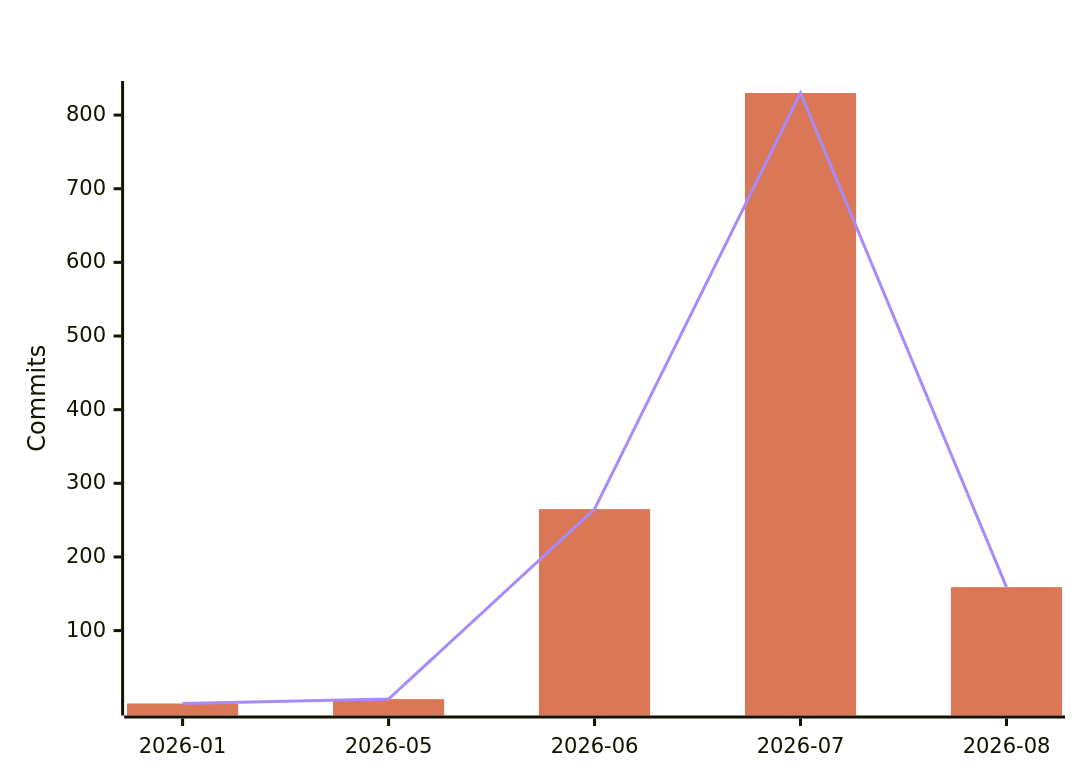
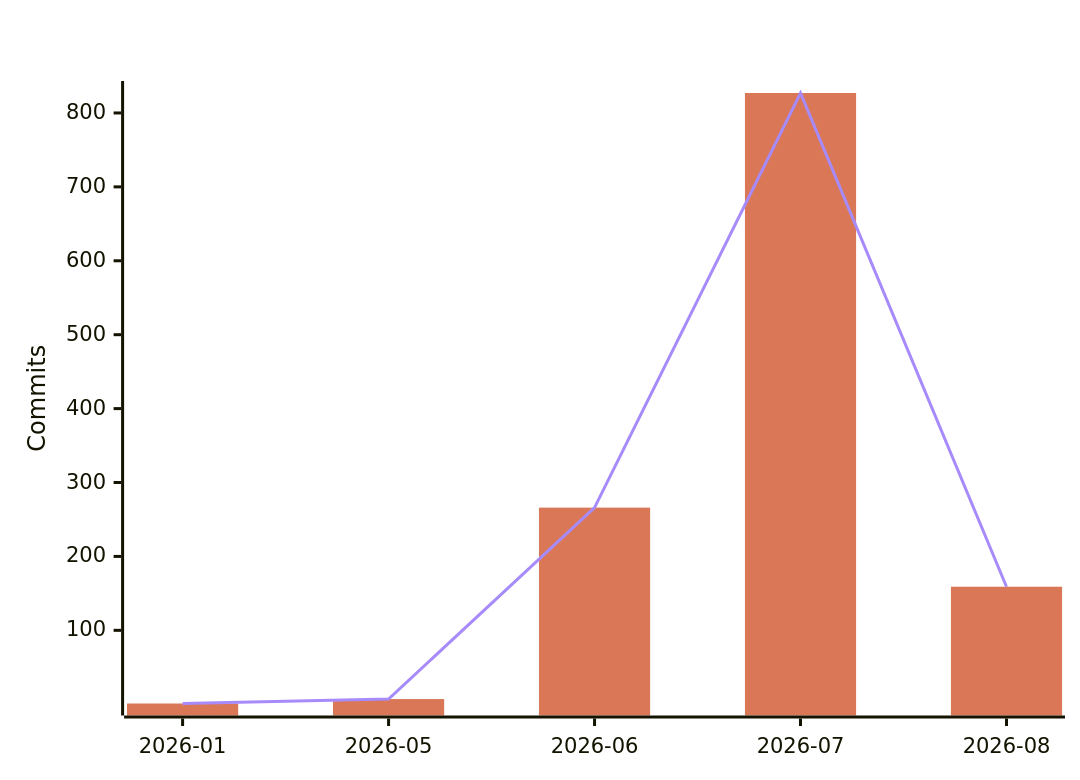
Before and after one commit to polo-nyan/polo-nyan: the fourth of 7 diagrams in README.md, drawn with Mermaid. The commit also changed other lines of this file and 1 other file, not shown here.

````diff
--- a/README.md
+++ b/README.md
@@ -294,9 +294,9 @@
 ```mermaid
 %%{init: {"xyChart": {"titleColor": "#ffffff", "xAxisLabelColor": "#ffffff", "yAxisLabelColor": "#ffffff"}, "themeVariables": {"xyChart": {"titleColor": "#ffffff", "plotColorPalette": "#d97757, #a78bfa"}}}}%%
 xychart-beta
     title "AI-Assisted Commits Per Month"
     x-axis ["2026-01", "2026-05", "2026-06", "2026-07", "2026-08"]
     y-axis "Commits"
-    bar [1, 7, 265, 830, 159]
-    line [1, 7, 265, 830, 159]
+    bar [1, 7, 266, 827, 159]
+    line [1, 7, 266, 827, 159]
 ```
````
